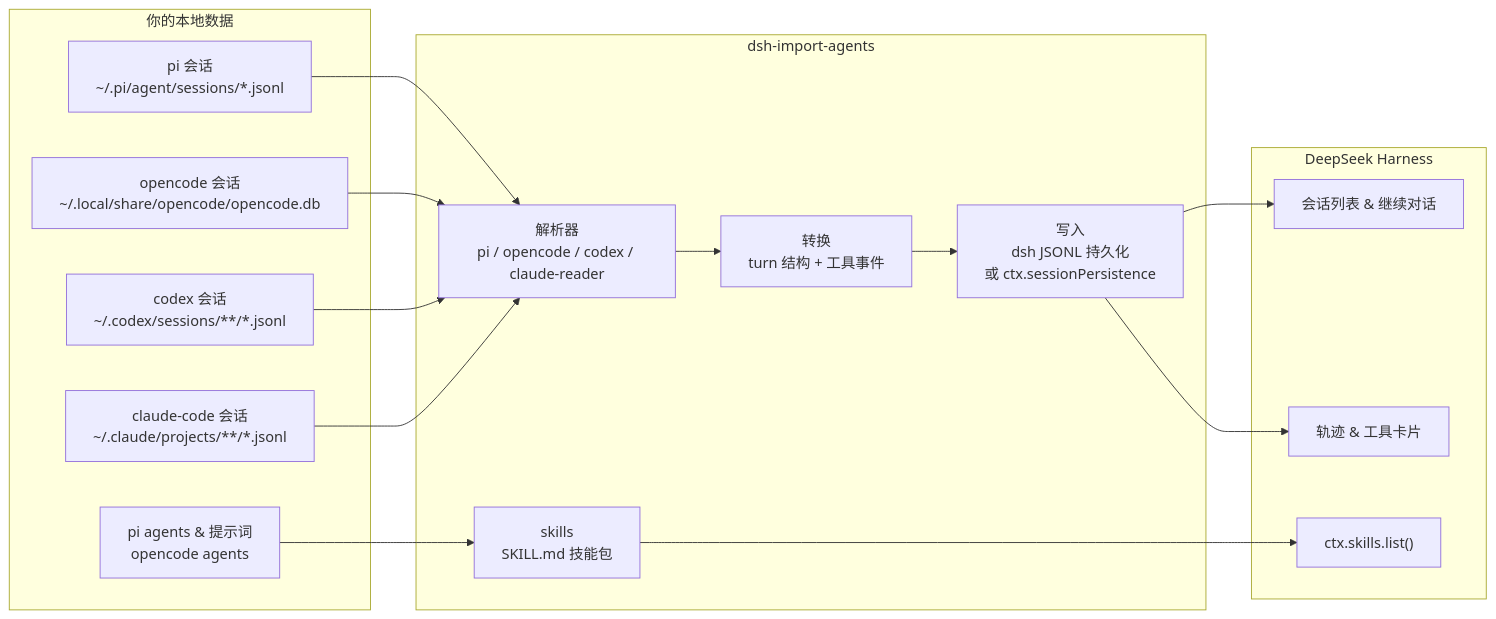
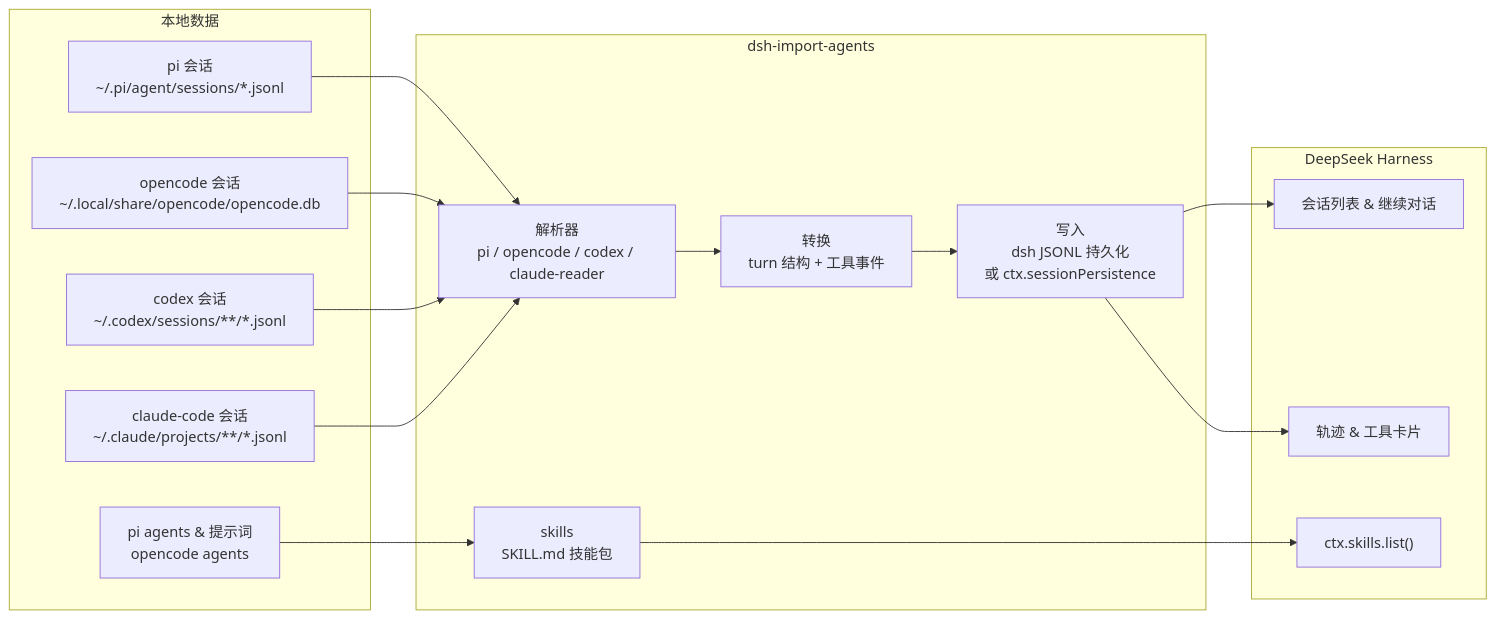
One commit to Chang-Tong/dsh-import-agents changed the diagram in README.zh.md. Above: the diagram before and after it, drawn with Mermaid. The commit also changed other lines of this file and 15 other files, not shown here.

````diff
--- a/README.zh.md
+++ b/README.zh.md
@@ -58,29 +153,29 @@
 ```mermaid
 flowchart LR
-    subgraph sources["你的本地数据"]
+    subgraph sources["本地数据"]
         PI["pi 会话<br/>~/.pi/agent/sessions/*.jsonl"]
         OC["opencode 会话<br/>~/.local/share/opencode/opencode.db"]
         CX["codex 会话<br/>~/.codex/sessions/**/*.jsonl"]
         CC["claude-code 会话<br/>~/.claude/projects/**/*.jsonl"]
         AG["pi agents & 提示词<br/>opencode agents"]
     end
     subgraph plugin["dsh-import-agents"]
         R["解析器<br/>pi / opencode / codex / claude-reader"]
         C["转换<br/>turn 结构 + 工具事件"]
         W["写入<br/>dsh JSONL 持久化<br/>或 ctx.sessionPersistence"]
         S["skills<br/>SKILL.md 技能包"]
     end
     subgraph dsh["DeepSeek Harness"]
         SL["会话列表 & 继续对话"]
         TR["轨迹 & 工具卡片"]
         SK["ctx.skills.list()"]
     end
     PI --> R
     OC --> R
     CX --> R
     CC --> R
     AG --> S
     R --> C --> W --> SL
     W --> TR
     S --> SK
 ```
````
